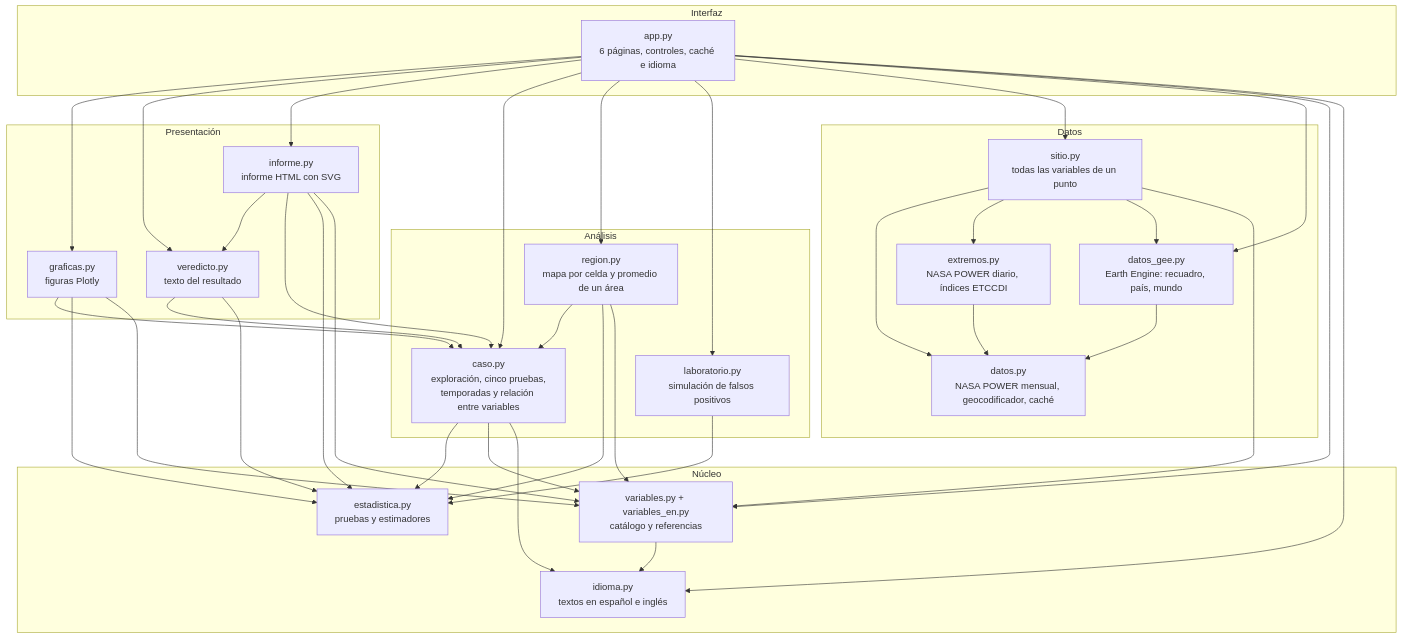
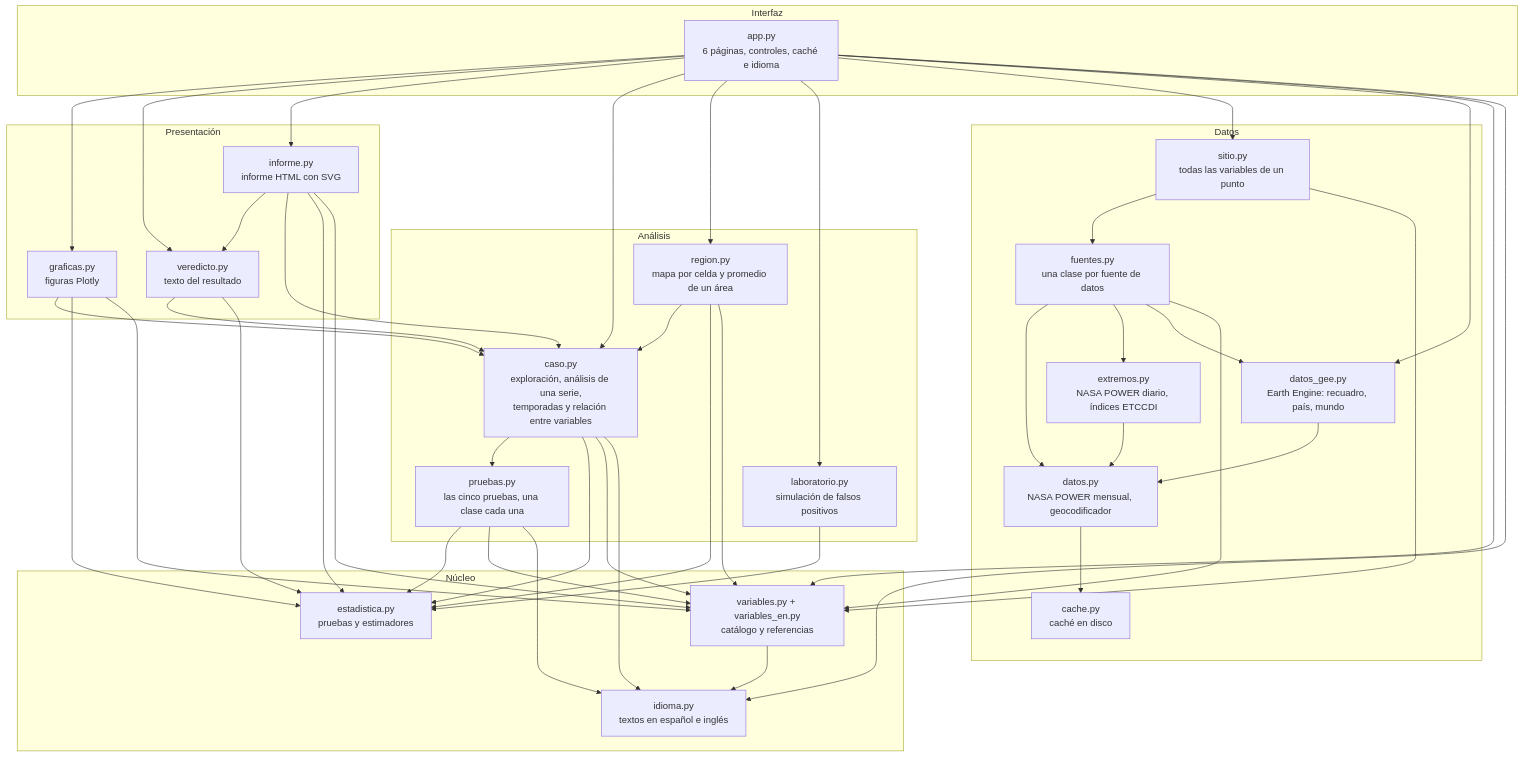
Before and after one commit to diazu0624-afk/expediente-tierra: the first of 4 diagrams in README.md, drawn with Mermaid. The commit also changed other lines of this file and 1 other file, not shown here.

First line of the commit message:
Objetos: pruebas del diseño de clases y guía orientada a objetos en el README

````diff
--- a/README.md
+++ b/README.md
@@ -105,38 +105,44 @@
 ```mermaid
 flowchart TD
     subgraph Interfaz
         APP["app.py<br/>6 páginas, controles, caché e idioma"]
     end
     subgraph Presentación
         GRAF["graficas.py<br/>figuras Plotly"]
         VERE["veredicto.py<br/>texto del resultado"]
         INFO["informe.py<br/>informe HTML con SVG"]
     end
     subgraph Análisis
-        CASO["caso.py<br/>exploración, cinco pruebas,<br/>temporadas y relación entre variables"]
+        CASO["caso.py<br/>exploración, análisis de una serie,<br/>temporadas y relación entre variables"]
+        PRU["pruebas.py<br/>las cinco pruebas, una clase cada una"]
         REG["region.py<br/>mapa por celda y promedio de un área"]
         LAB["laboratorio.py<br/>simulación de falsos positivos"]
     end
     subgraph Núcleo
         EST["estadistica.py<br/>pruebas y estimadores"]
         VAR["variables.py + variables_en.py<br/>catálogo y referencias"]
         IDI["idioma.py<br/>textos en español e inglés"]
     end
     subgraph Datos
         SIT["sitio.py<br/>todas las variables de un punto"]
-        DAT["datos.py<br/>NASA POWER mensual, geocodificador, caché"]
+        FUE["fuentes.py<br/>una clase por fuente de datos"]
+        DAT["datos.py<br/>NASA POWER mensual, geocodificador"]
+        CAC["cache.py<br/>caché en disco"]
         EXT["extremos.py<br/>NASA POWER diario, índices ETCCDI"]
         GEE["datos_gee.py<br/>Earth Engine: recuadro, país, mundo"]
     end
 
     APP --> GRAF & VERE & INFO & CASO & REG & LAB & SIT & GEE & VAR & IDI
     INFO --> VERE
     GRAF & VERE & INFO --> CASO
     GRAF & INFO & VERE & LAB --> EST
     GRAF & INFO --> VAR
     REG --> CASO & EST & VAR
-    CASO --> EST & VAR & IDI
+    CASO --> PRU & EST & VAR & IDI
+    PRU --> EST & VAR & IDI
     VAR --> IDI
-    SIT --> DAT & EXT & GEE & VAR
+    SIT --> FUE & VAR
+    FUE --> DAT & EXT & GEE & VAR
+    DAT --> CAC
     EXT & GEE --> DAT
 ```
````
